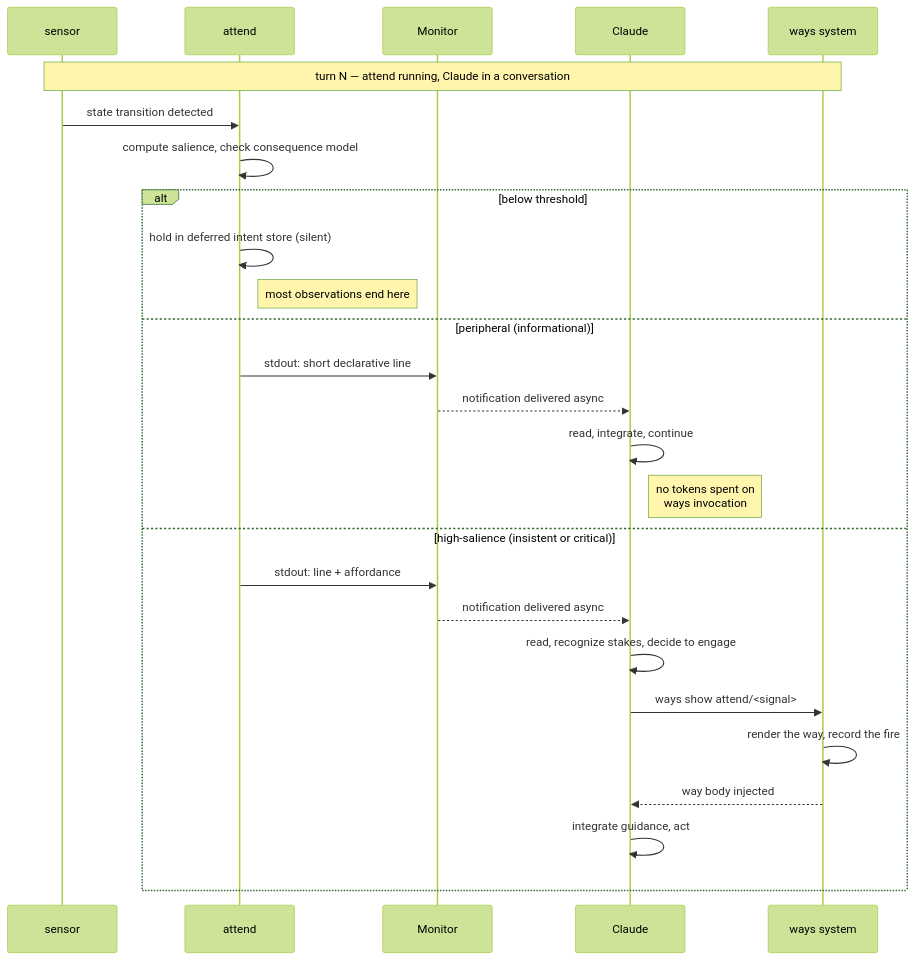
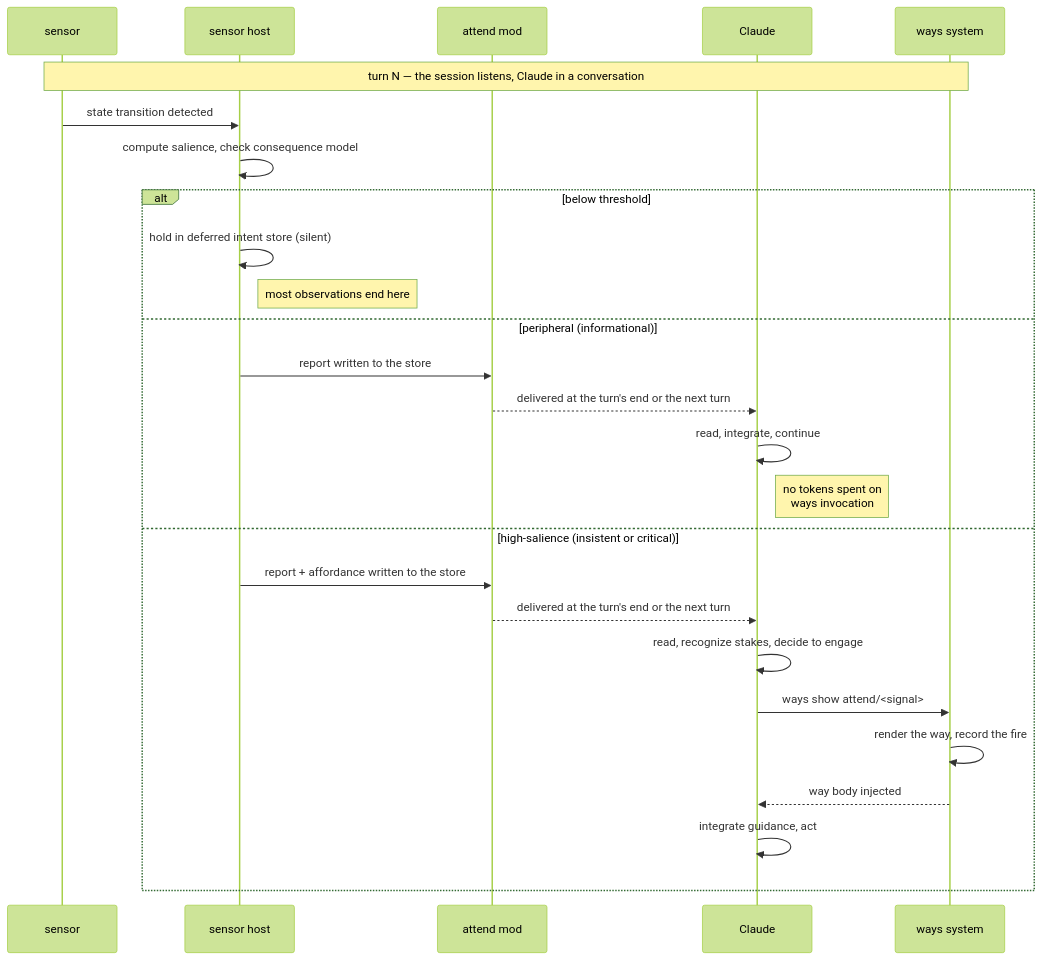
One commit to aaronsb/agent-ways changed the second of 3 diagrams in docs/cognitive-loop.md. Above: the diagram before and after it, drawn with Mermaid (forest theme). The commit also changed other lines of this file and 22 other files, not shown here.

First line of the commit message:
docs(attend): describe the mod and the sensor host, not attend run

````diff
--- a/docs/cognitive-loop.md
+++ b/docs/cognitive-loop.md
@@ -182,31 +183,31 @@
 ```mermaid
 sequenceDiagram
     participant S as sensor
-    participant A as attend
-    participant M as Monitor
+    participant A as sensor host
+    participant M as attend mod
     participant C as Claude
     participant W as ways system
 
-    Note over S,W: turn N — attend running, Claude in a conversation
+    Note over S,W: turn N — the session listens, Claude in a conversation
 
     S->>A: state transition detected
     A->>A: compute salience, check consequence model
 
     alt below threshold
         A->>A: hold in deferred intent store (silent)
         Note right of A: most observations end here
     else peripheral (informational)
-        A->>M: stdout: short declarative line
-        M-->>C: notification delivered async
+        A->>M: report written to the store
+        M-->>C: delivered at the turn's end or the next turn
         C->>C: read, integrate, continue
         Note right of C: no tokens spent on<br/>ways invocation
     else high-salience (insistent or critical)
-        A->>M: stdout: line + affordance
-        M-->>C: notification delivered async
+        A->>M: report + affordance written to the store
+        M-->>C: delivered at the turn's end or the next turn
         C->>C: read, recognize stakes, decide to engage
         C->>W: ways show attend/<signal>
         W->>W: render the way, record the fire
         W-->>C: way body injected
         C->>C: integrate guidance, act
     end
 ```
````
